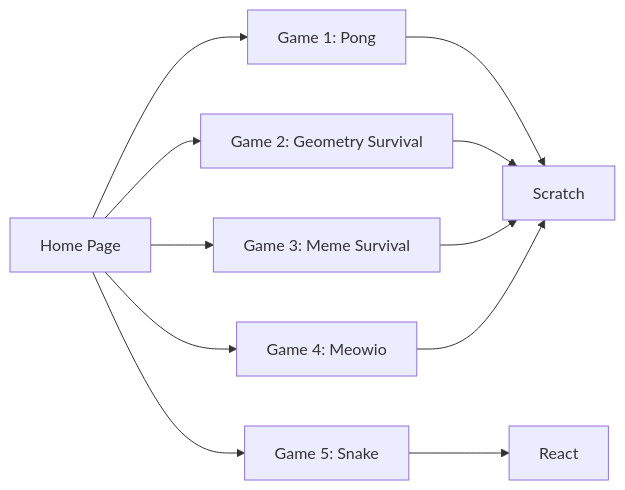
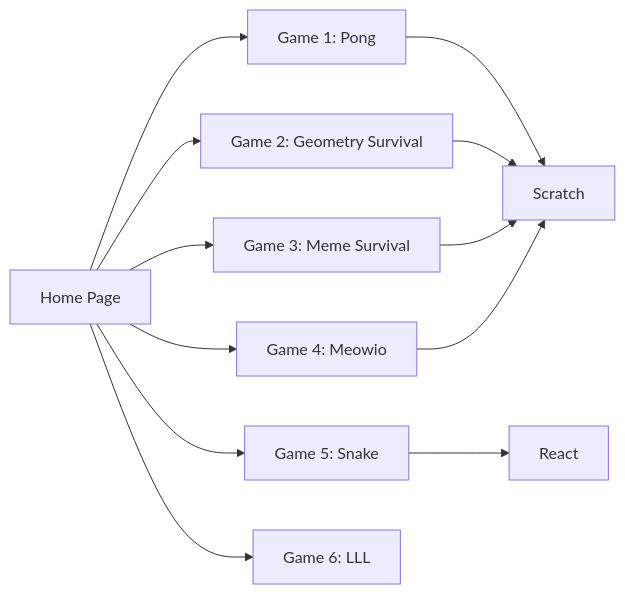
One commit to ericdequ/games changed the diagram in README.md. Above: the diagram before and after it, drawn with Mermaid. The commit also changed other lines of this file, not shown here.

Commit message:
Changes LLL addition

````diff
--- a/README.md
+++ b/README.md
@@ -94,8 +100,9 @@
 ```mermaid
 graph LR
 A[Home Page] --> B[Game 1: Pong] --> G[Scratch]
 A --> C[Game 2: Geometry Survival ] --> G
 A --> D[Game 3: Meme Survival ] --> G
 A --> E[Game 4: Meowio ] --> G
 A --> F[Game 5: Snake ] --> H[React]
+A --> I[Game 6: LLL] 
 ```
````
